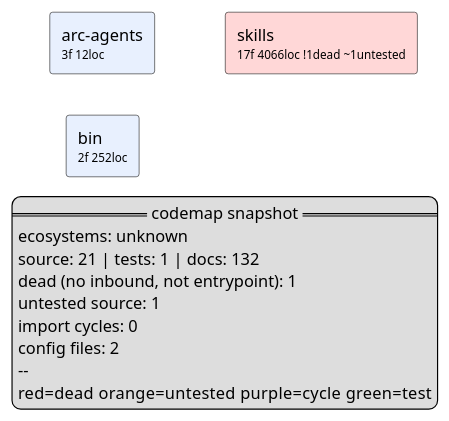
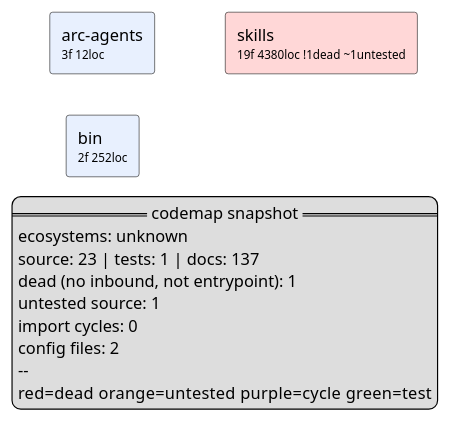
One commit to a-canary/arc-skills changed the diagram in codemap/codemap.puml. Above: the diagram before and after it, drawn with PlantUML. The commit also changed 2 other files, not shown here.

Commit message:
hygiene(arc-skills): refresh stale codemap baseline
The tracked codemap was generated at 73baa98; main is now at 9f54876, so the
baseline had drifted: source_files 21 -> 23, frontmatter docs 89 -> 92.

Regenerated with `bun skills/codemap/scripts/codemap.ts .` so
`git diff codemap/codemap.json` is a true structural delta again.

```diff
--- a/codemap/codemap.puml
+++ b/codemap/codemap.puml
@@ -1,24 +1,24 @@
 @startuml codemap
 ' generated by codemap — deterministic snapshot, do not hand-edit
 skinparam componentStyle rectangle
 skinparam shadowing false
 skinparam packageStyle rectangle
 left to right direction
 
 component "arc-agents\n<size:10>3f 12loc</size>" as arc_agents #E8F0FE
 component "bin\n<size:10>2f 252loc</size>" as bin #E8F0FE
-component "skills\n<size:10>17f 4066loc !1dead ~1untested</size>" as skills #FFD7D7
+component "skills\n<size:10>19f 4380loc !1dead ~1untested</size>" as skills #FFD7D7
 
 
 legend right
   == codemap snapshot ==
   ecosystems: unknown
-  source: 21 | tests: 1 | docs: 132
+  source: 23 | tests: 1 | docs: 137
   dead (no inbound, not entrypoint): 1
   untested source: 1
   import cycles: 0
   config files: 2
   --
   red=dead  orange=untested  purple=cycle  green=test
 endlegend
 @enduml
```
